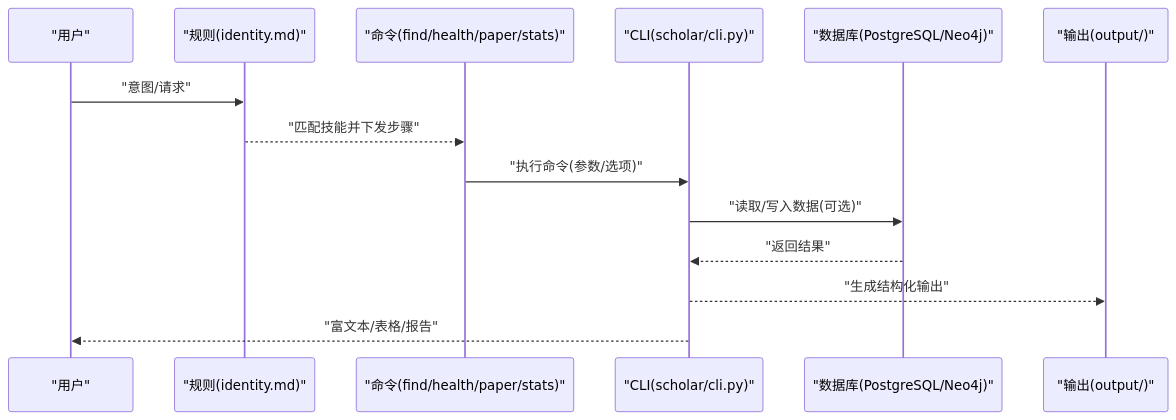
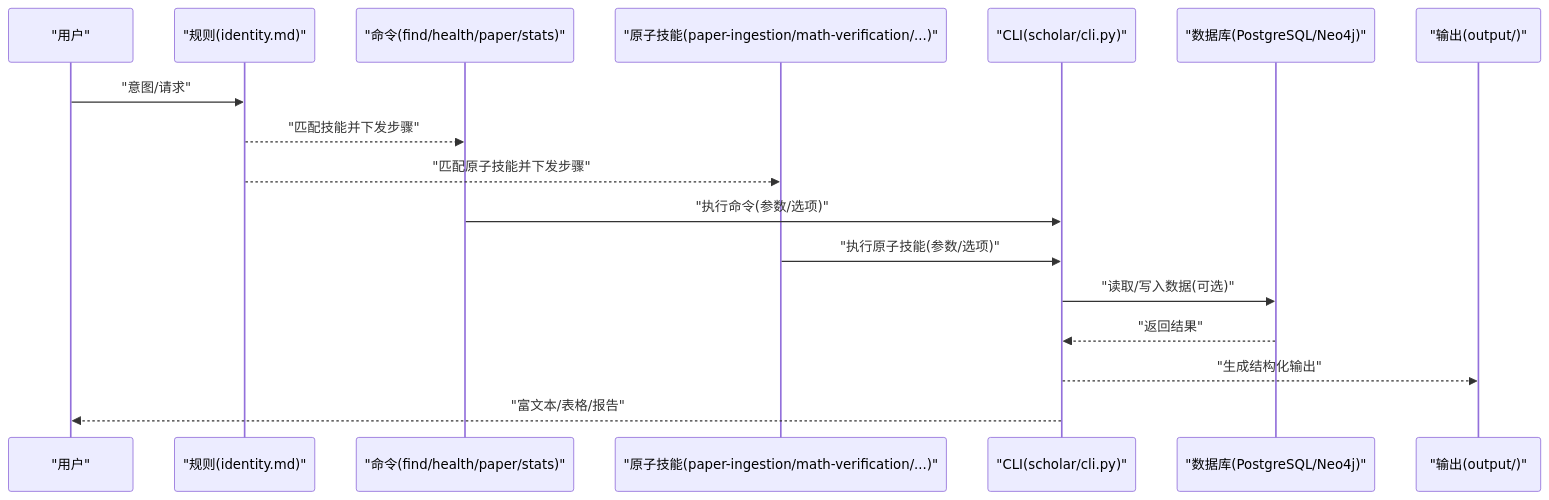
One commit to 1173591564/academic-based-qoder changed the second of 16 diagrams in .qoder/repowiki/zh/content/研究技能系统/原子技能实现.md. Above: the diagram before and after it, drawn with Mermaid. The commit also changed other lines of this file and 89 other files, not shown here.

````diff
--- a/.qoder/repowiki/zh/content/研究技能系统/原子技能实现.md
+++ b/.qoder/repowiki/zh/content/研究技能系统/原子技能实现.md
@@ -128,16 +184,19 @@
 ```mermaid
 sequenceDiagram
 participant U as "用户"
 participant R as "规则(identity.md)"
 participant CMD as "命令(find/health/paper/stats)"
+participant ATOM as "原子技能(paper-ingestion/math-verification/...)"
 participant CLI as "CLI(scholar/cli.py)"
 participant DB as "数据库(PostgreSQL/Neo4j)"
 participant OUT as "输出(output/)"
 U->>R : "意图/请求"
 R-->>CMD : "匹配技能并下发步骤"
+R-->>ATOM : "匹配原子技能并下发步骤"
 CMD->>CLI : "执行命令(参数/选项)"
+ATOM->>CLI : "执行原子技能(参数/选项)"
 CLI->>DB : "读取/写入数据(可选)"
 DB-->>CLI : "返回结果"
 CLI-->>OUT : "生成结构化输出"
 CLI-->>U : "富文本/表格/报告"
 ```
````
